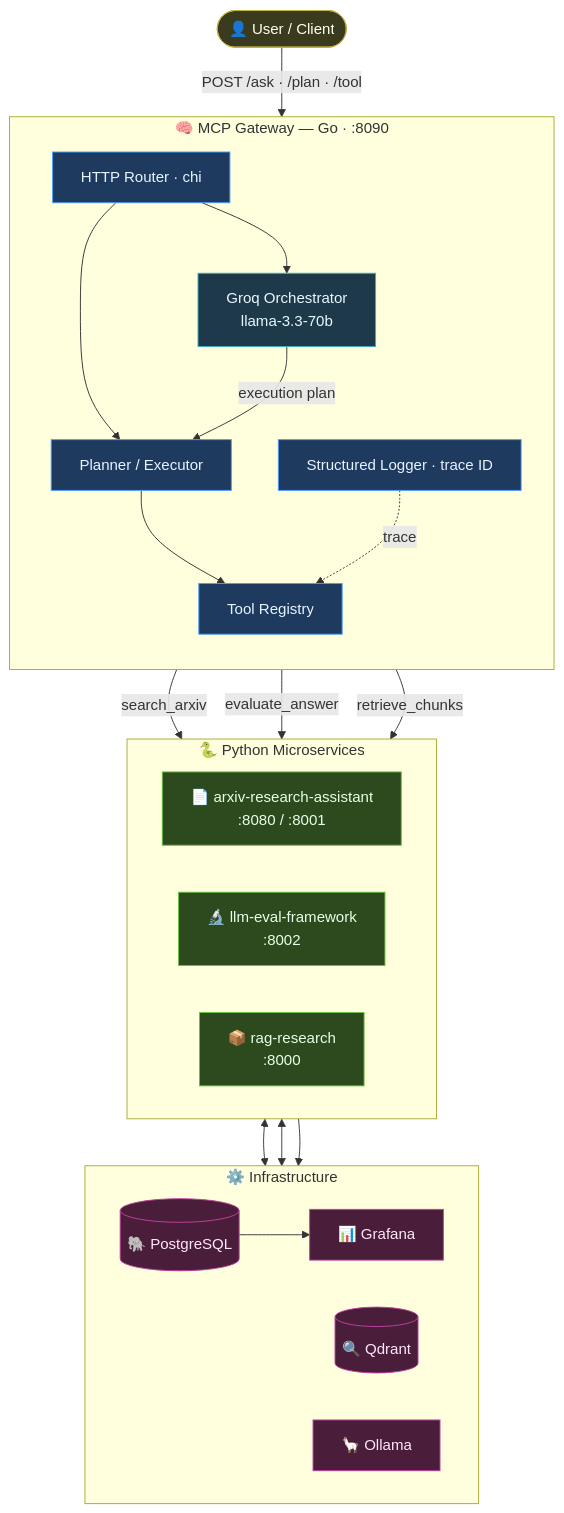
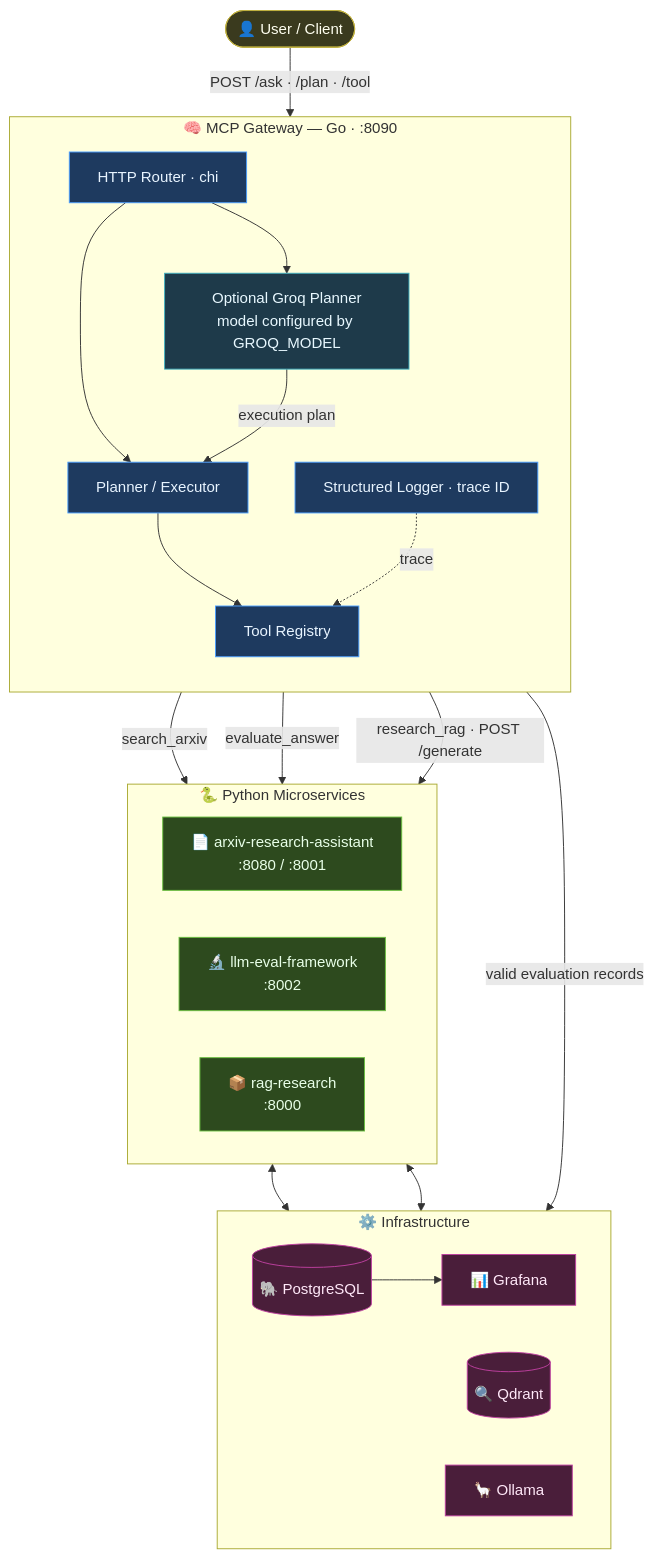
Before and after one commit to Kodok-Tuan-Rumah/mcp-gateway: the diagram in docs/architecture.md, drawn with Mermaid. The commit also changed other lines of this file and 8 other files, not shown here.

Commit message:
opencode: align gateway roadmap and architecture docs

````diff
--- a/docs/architecture.md
+++ b/docs/architecture.md
@@ -2,54 +2,54 @@
 ```mermaid
 flowchart TD
     USER(["👤 User / Client"])
 
     subgraph GW["🧠  MCP Gateway — Go · :8090"]
         direction TB
         ROUTER["HTTP Router · chi"]
         REGISTRY["Tool Registry"]
         PLANNER["Planner / Executor"]
-        GROQ["Groq Orchestrator\nllama-3.3-70b"]
+        GROQ["Optional Groq Planner\nmodel configured by GROQ_MODEL"]
         LOGGER["Structured Logger · trace ID"]
     end
 
     subgraph PY["🐍  Python Microservices"]
         direction LR
         ARXIV["📄 arxiv-research-assistant\n:8080 / :8001"]
         EVAL["🔬 llm-eval-framework\n:8002"]
         RAG["📦 rag-research\n:8000"]
     end
 
     subgraph INFRA["⚙️  Infrastructure"]
         direction LR
         PG[("🐘 PostgreSQL")]
         QDRANT[("🔍 Qdrant")]
         OLLAMA["🦙 Ollama"]
         GRAFANA["📊 Grafana"]
     end
 
     USER -->|"POST /ask · /plan · /tool"| ROUTER
     ROUTER --> GROQ
     ROUTER --> PLANNER
     GROQ -->|"execution plan"| PLANNER
     PLANNER --> REGISTRY
     REGISTRY -->|"search_arxiv"| ARXIV
     REGISTRY -->|"evaluate_answer"| EVAL
-    REGISTRY -->|"retrieve_chunks"| RAG
+    REGISTRY -->|"research_rag · POST /generate"| RAG
     ARXIV <--> QDRANT
     ARXIV <--> OLLAMA
-    EVAL --> PG
+    LOGGER -->|"valid evaluation records"| PG
     PG --> GRAFANA
     LOGGER -.->|"trace"| REGISTRY
 
     classDef gateway fill:#1e3a5f,stroke:#4a9eff,color:#e8f4ff
     classDef groq    fill:#1e3a4a,stroke:#40b0bf,color:#e8f8ff
     classDef python  fill:#2d4a1e,stroke:#6abf40,color:#e8ffe8
     classDef infra   fill:#4a1e3a,stroke:#bf40a0,color:#ffe8f8
     classDef user    fill:#3a3a1e,stroke:#bfb040,color:#fffff0
 
     class ROUTER,REGISTRY,PLANNER,LOGGER gateway
     class GROQ groq
     class ARXIV,EVAL,RAG python
     class PG,QDRANT,OLLAMA,GRAFANA infra
     class USER user
 ```
````
